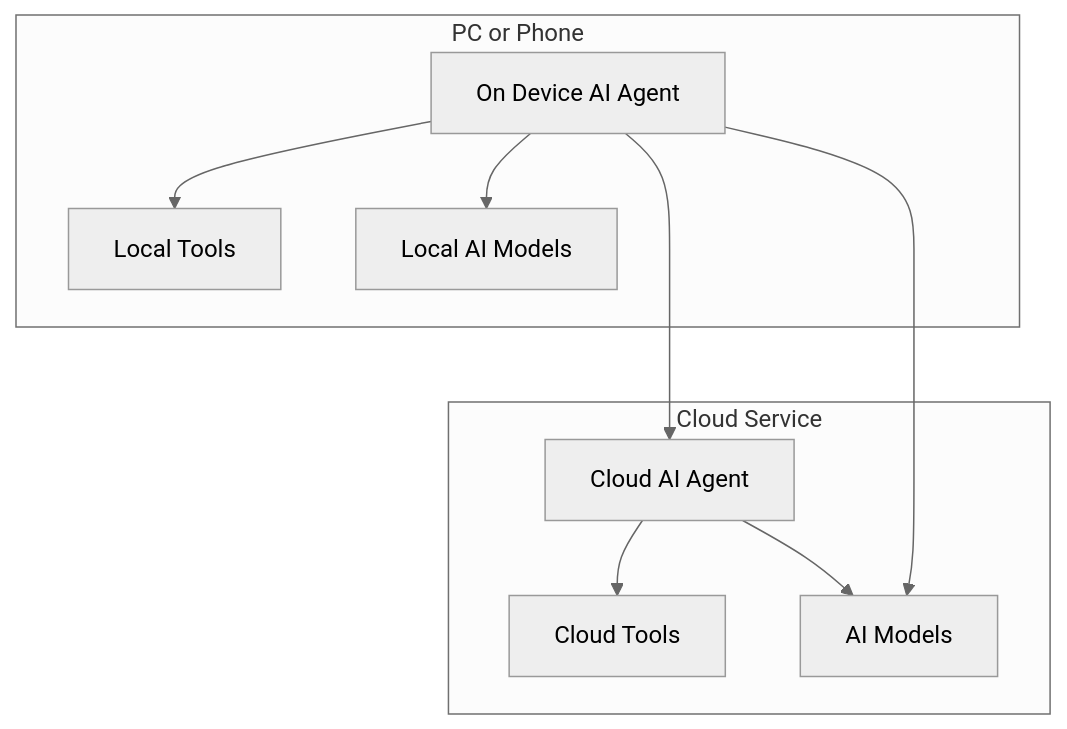
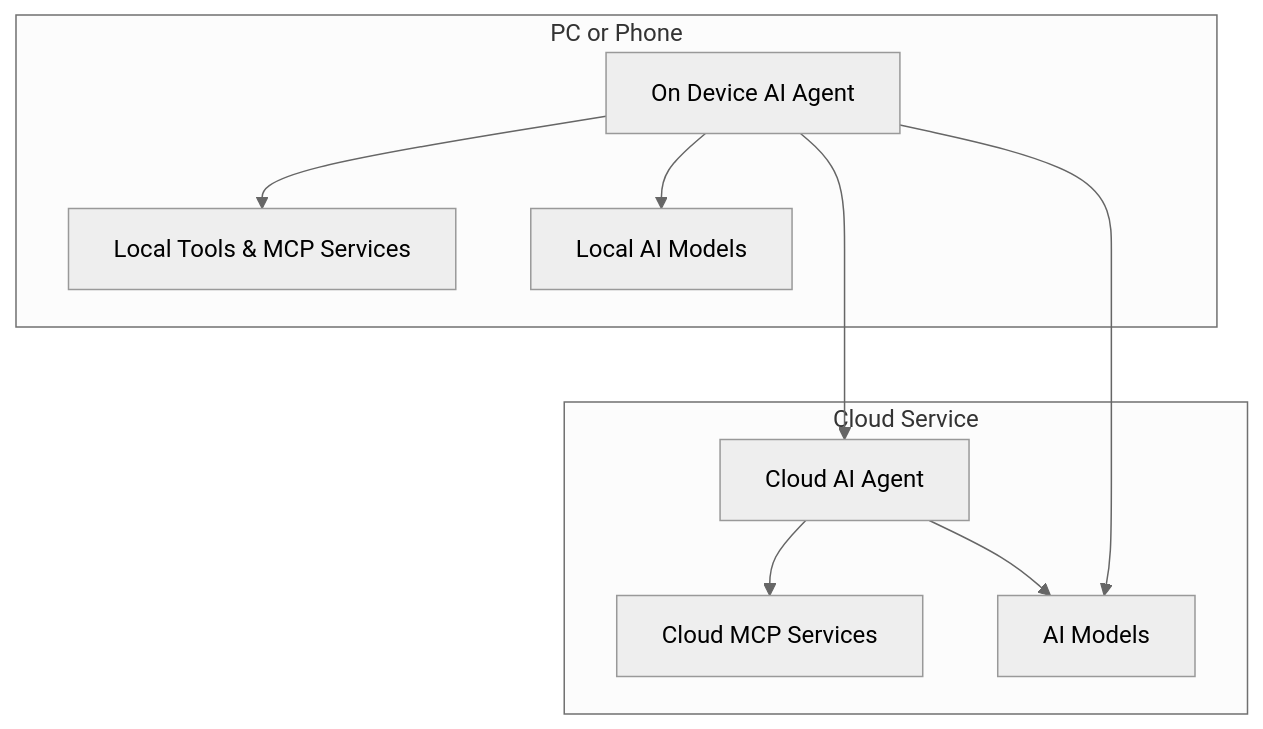
Before and after one commit to yingrui/my-own.fun: the first of 2 diagrams in docs/concepts/frontend_ai_agent.md, drawn with Mermaid (neutral theme). The commit also changed other lines of this file and 1 other file, not shown here.

Commit message:
yingrui: update Frontend AI Agent diagram in docs

````diff
--- a/docs/concepts/frontend_ai_agent.md
+++ b/docs/concepts/frontend_ai_agent.md
@@ -16,14 +16,14 @@
 ```mermaid
 graph TD;
     subgraph PC or Phone
-        A[On Device AI Agent] --> LT[Local Tools]
+        A[On Device AI Agent] --> LT[Local Tools & MCP Services]
         A --> LM[Local AI Models]
     end
     
     subgraph Cloud Service
-        CA[Cloud AI Agent] --> CT[Cloud Tools]
+        CA[Cloud AI Agent] --> CT[Cloud MCP Services];
         CA --> CM[AI Models];
         A ---> CA;
         A ---> CM;
     end
 ```
````
